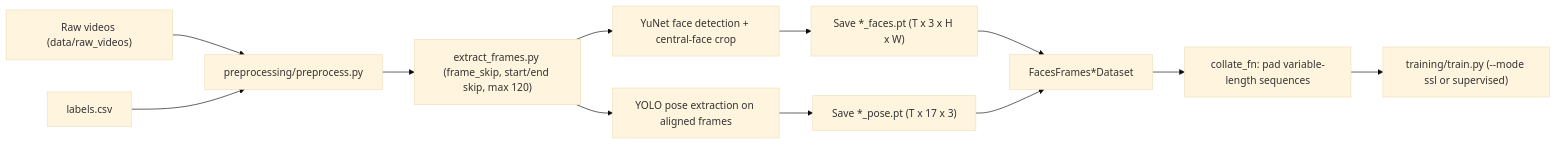
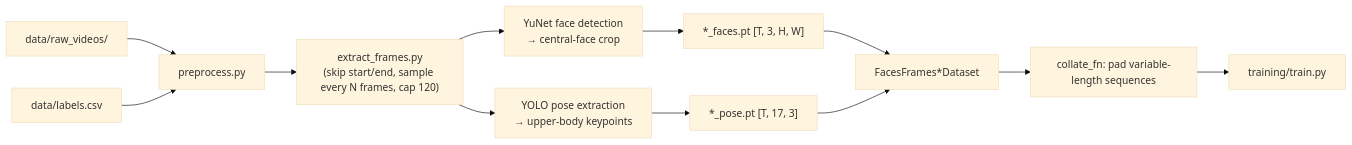
One commit to MeasureZer0/cspan_congressionalrhetoric_video changed the second of 2 diagrams in README.md. Above: the diagram before and after it, drawn with Mermaid (base theme). The commit also changed other lines of this file, not shown here.

First line of the commit message:
Revise README with Table of Contents and architecture details (#46)

````diff
--- a/README.md
+++ b/README.md
@@ -47,14 +60,14 @@
 ```mermaid
 flowchart LR
-  RV["Raw videos (data/raw_videos)"] --> PP["preprocessing/preprocess.py"]
-  LBL["labels.csv"] --> PP
-  PP --> EF["extract_frames.py (frame_skip, start/end skip, max 120)"]
-  EF --> FD["YuNet face detection + central-face crop"]
-  EF --> PE["YOLO pose extraction on aligned frames"]
-  FD --> SF["Save *_faces.pt (T x 3 x H x W)"]
-  PE --> SP["Save *_pose.pt (T x 17 x 3)"]
+  RV["data/raw_videos/"] --> PP["preprocess.py"]
+  LBL["data/labels.csv"] --> PP
+  PP --> EF["extract_frames.py\n(skip start/end, sample every N frames, cap 120)"]
+  EF --> FD["YuNet face detection\n→ central-face crop"]
+  EF --> PE["YOLO pose extraction\n→ upper-body keypoints"]
+  FD --> SF["*_faces.pt  [T, 3, H, W]"]
+  PE --> SP["*_pose.pt   [T, 17, 3]"]
   SF --> DS["FacesFrames*Dataset"]
   SP --> DS
   DS --> CL["collate_fn: pad variable-length sequences"]
-  CL --> TR["training/train.py (--mode ssl or supervised)"]
+  CL --> TR["training/train.py"]
 ```
````
